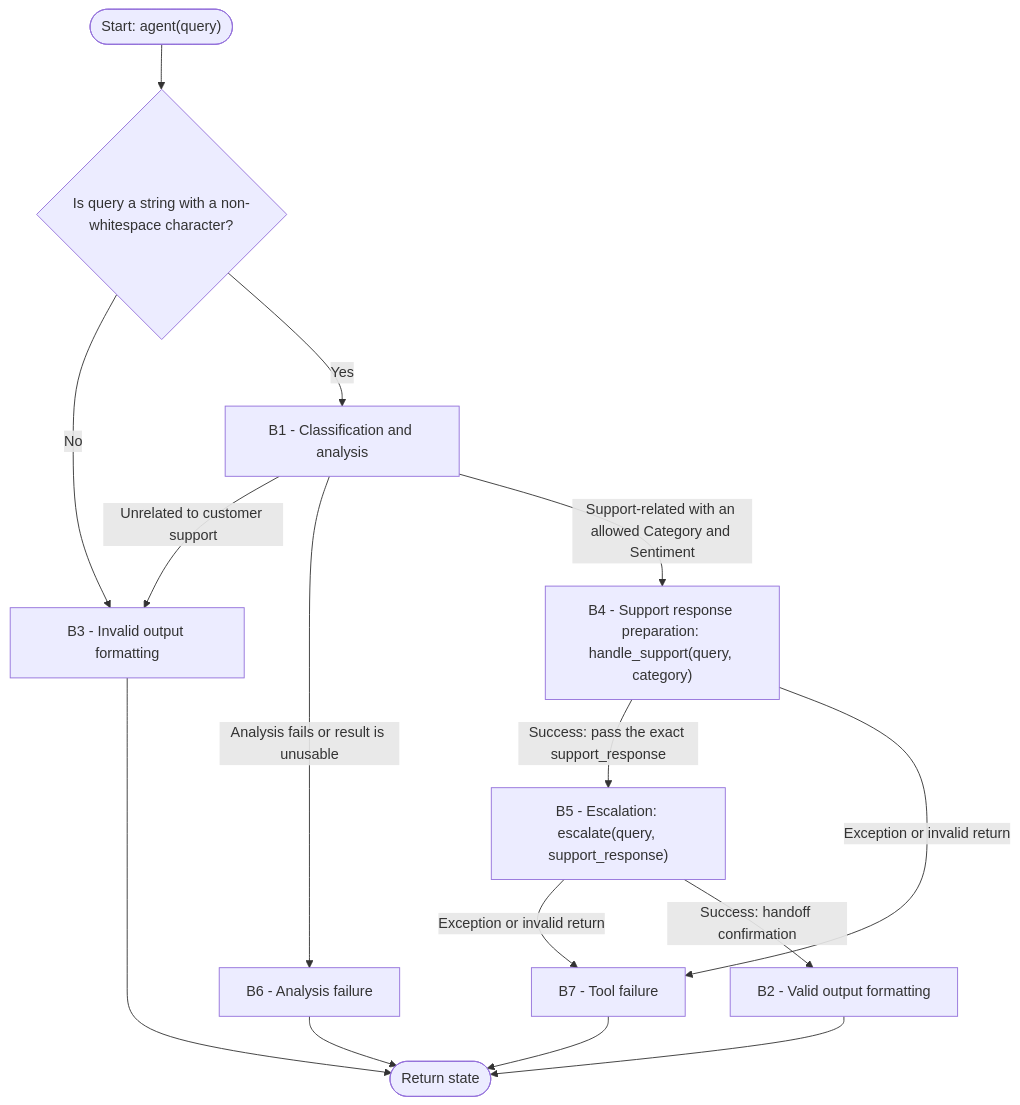
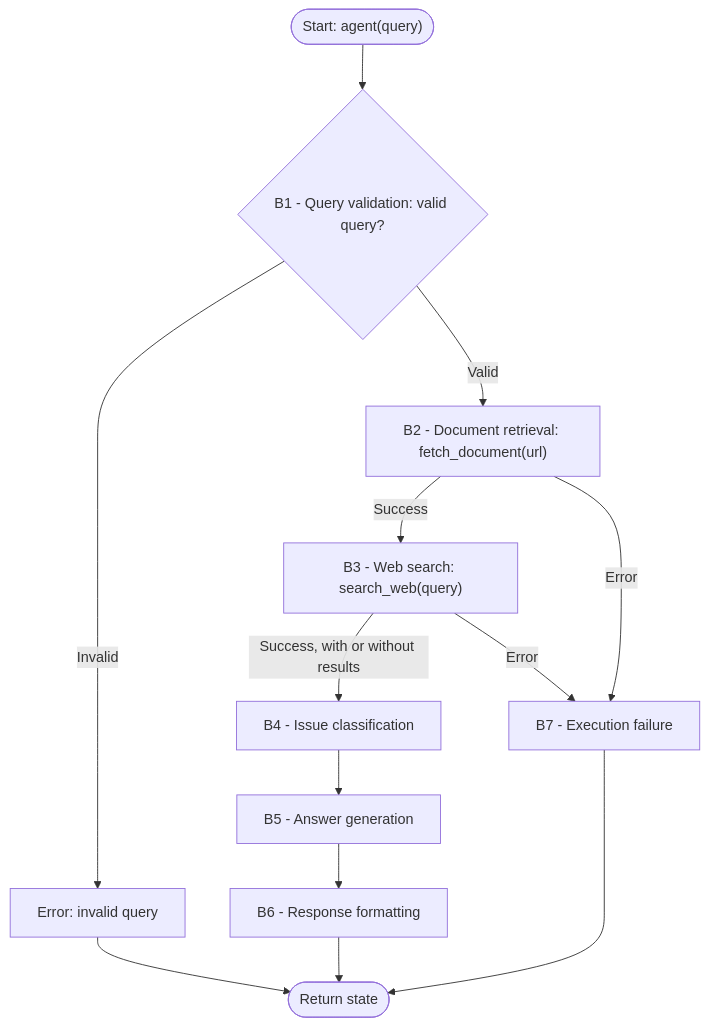
The diagram in specs/026_support/spec.md (Agents4Good/Spec2AgentEval-v_saner), drawn with Mermaid before and after one commit. The commit also changed other lines of this file and 1 other file, not shown here.

````diff
--- a/specs/026_support/spec.md
+++ b/specs/026_support/spec.md
@@ -59,17 +59,15 @@
 ```mermaid
 flowchart TD
-    Start(["Start: agent(query)"]) --> InputCheck{"Is query a string with a non-whitespace character?"}
-    InputCheck -->|No| B3["B3 - Invalid output formatting"]
-    InputCheck -->|Yes| B1["B1 - Classification and analysis"]
-    B1 -->|Unrelated to customer support| B3
-    B1 -->|Analysis fails or result is unusable| B6["B6 - Analysis failure"]
-    B1 -->|Support-related with an allowed Category and Sentiment| B4["B4 - Support response preparation: handle_support(query, category)"]
-    B4 -->|Success: pass the exact support_response| B5["B5 - Escalation: escalate(query, support_response)"]
-    B4 -->|Exception or invalid return| B7["B7 - Tool failure"]
-    B5 -->|Exception or invalid return| B7
-    B5 -->|Success: handoff confirmation| B2["B2 - Valid output formatting"]
-    B2 --> Finish(["Return state"])
-    B3 --> Finish
-    B6 --> Finish
+    Start(["Start: agent(query)"]) --> B1{"B1 - Query validation: valid query?"}
+    B1 -->|Invalid| E1["Error: invalid query"]
+    B1 -->|Valid| B2["B2 - Document retrieval: fetch_document(url)"]
+    B2 -->|Success| B3["B3 - Web search: search_web(query)"]
+    B2 -->|Error| B7["B7 - Execution failure"]
+    B3 -->|"Success, with or without results"| B4["B4 - Issue classification"]
+    B3 -->|Error| B7
+    B4 --> B5["B5 - Answer generation"]
+    B5 --> B6["B6 - Response formatting"]
+    B6 --> Finish(["Return state"])
+    E1 --> Finish
     B7 --> Finish
 ```
````
